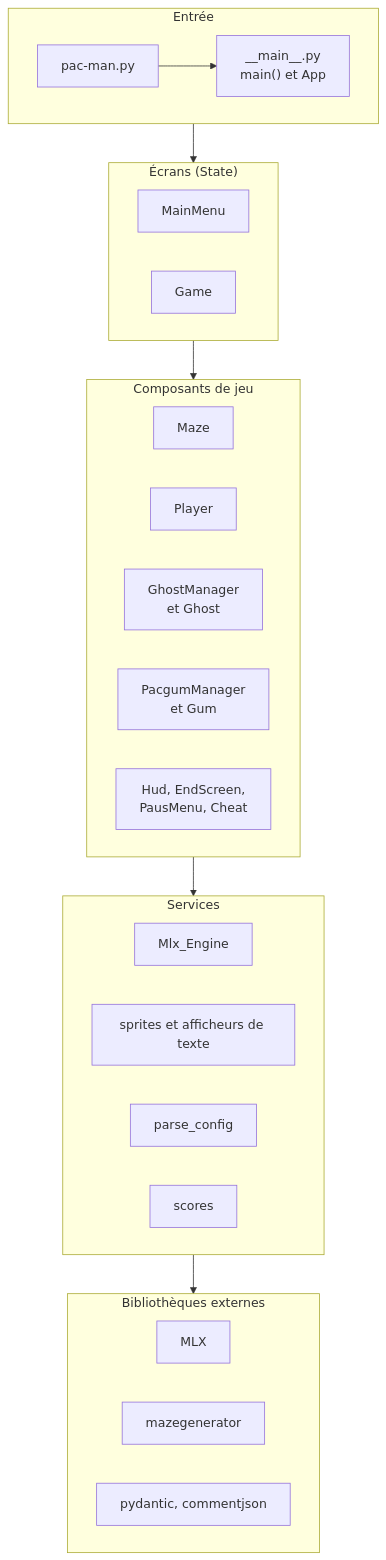
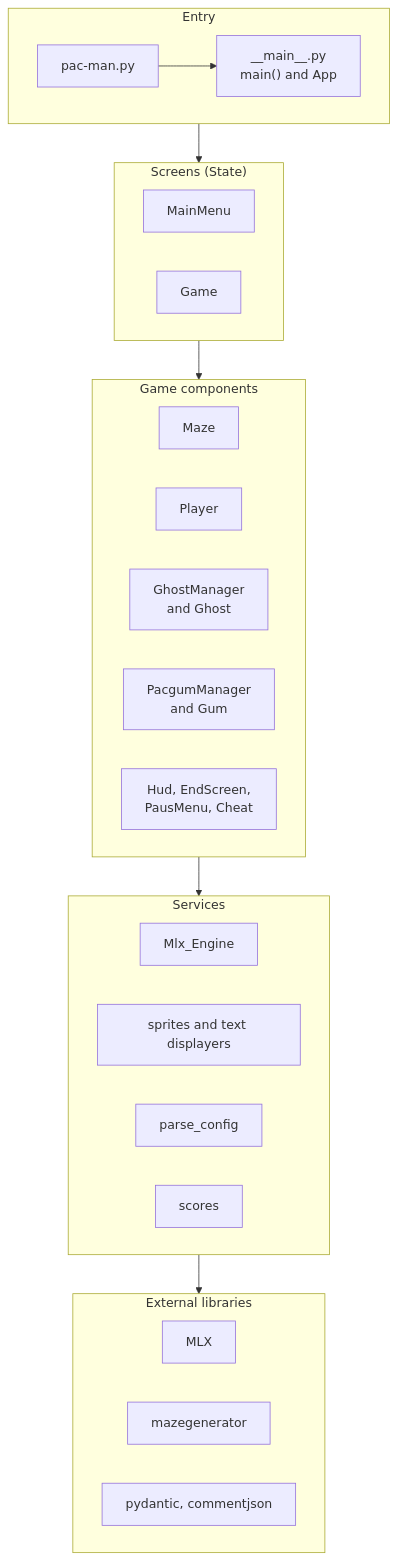
Before and after one commit to buchy16/Pac-Man: the second of 3 diagrams in README.md, drawn with Mermaid. The commit also changed other lines of this file and 19 other files, not shown here.

````diff
--- a/README.md
+++ b/README.md
@@ -400,32 +402,32 @@
 ```mermaid
 flowchart TD
-    subgraph L1["Entrée"]
-        E1["pac-man.py"] --> E2["__main__.py<br/>main() et App"]
+    subgraph L1["Entry"]
+        E1["pac-man.py"] --> E2["__main__.py<br/>main() and App"]
     end
-    subgraph L2["Écrans (State)"]
+    subgraph L2["Screens (State)"]
         S1["MainMenu"]
         S2["Game"]
     end
-    subgraph L3["Composants de jeu"]
+    subgraph L3["Game components"]
         C1["Maze"]
         C2["Player"]
-        C3["GhostManager<br/>et Ghost"]
-        C4["PacgumManager<br/>et Gum"]
+        C3["GhostManager<br/>and Ghost"]
+        C4["PacgumManager<br/>and Gum"]
         C5["Hud, EndScreen,<br/>PausMenu, Cheat"]
     end
     subgraph L4["Services"]
         V1["Mlx_Engine"]
-        V2["sprites et afficheurs de texte"]
+        V2["sprites and text displayers"]
         V3["parse_config"]
         V4["scores"]
     end
-    subgraph L5["Bibliothèques externes"]
+    subgraph L5["External libraries"]
         X1["MLX"]
         X2["mazegenerator"]
         X3["pydantic, commentjson"]
     end
     L1 --> L2
     L2 --> L3
     L3 --> L4
     L4 --> L5
 ```
````
